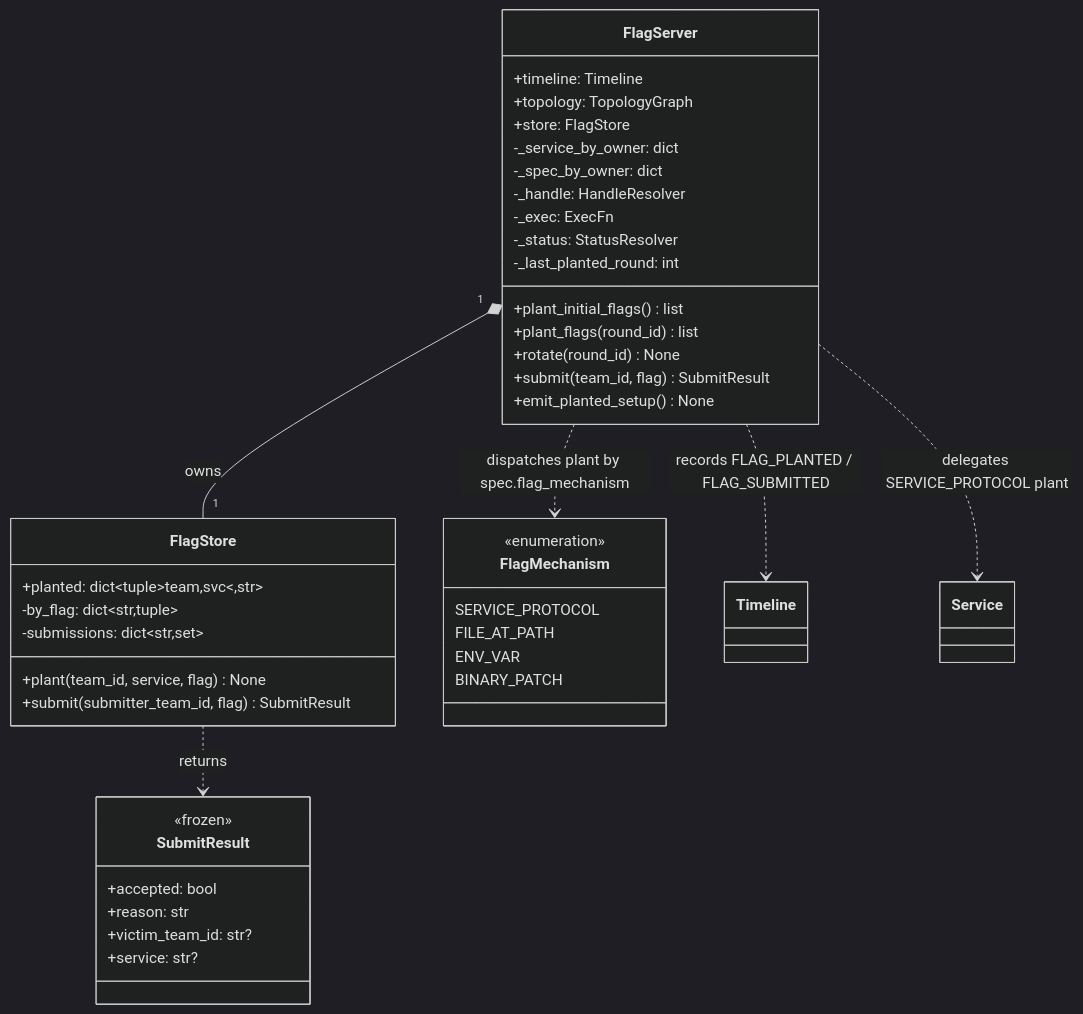
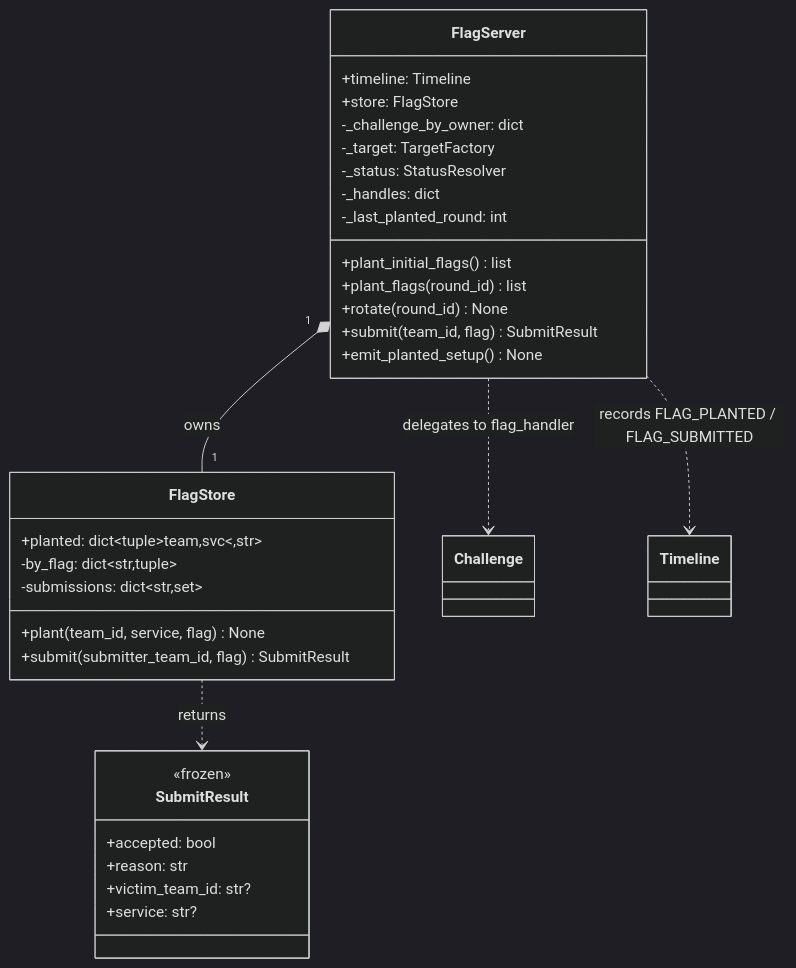
One commit to YueyangPan/CyberArenaOrchestration changed the first of 2 diagrams in docs/UML/flag.md. Above: the diagram before and after it, drawn with Mermaid (dark theme). The commit also changed other lines of this file and 6 other files, not shown here.

First line of the commit message:
docs: Stage 11 — refresh UML + v2 plan to reflect shipped state

````diff
--- a/docs/UML/flag.md
+++ b/docs/UML/flag.md
@@ -22,49 +21,38 @@
 ```mermaid
 classDiagram
   class FlagStore {
     +planted: dict~tuple~team,svc~,str~
     -by_flag: dict~str,tuple~
     -submissions: dict~str,set~
     +plant(team_id, service, flag) None
     +submit(submitter_team_id, flag) SubmitResult
   }
 
   class SubmitResult {
     <<frozen>>
     +accepted: bool
     +reason: str
     +victim_team_id: str?
     +service: str?
   }
 
   class FlagServer {
     +timeline: Timeline
-    +topology: TopologyGraph
     +store: FlagStore
-    -_service_by_owner: dict
-    -_spec_by_owner: dict
-    -_handle: HandleResolver
-    -_exec: ExecFn
+    -_challenge_by_owner: dict
+    -_target: TargetFactory
     -_status: StatusResolver
+    -_handles: dict
     -_last_planted_round: int
     +plant_initial_flags() list
     +plant_flags(round_id) list
     +rotate(round_id) None
     +submit(team_id, flag) SubmitResult
     +emit_planted_setup() None
   }
 
-  class FlagMechanism {
-    <<enumeration>>
-    SERVICE_PROTOCOL
-    FILE_AT_PATH
-    ENV_VAR
-    BINARY_PATCH
-  }
-
   FlagServer "1" *-- "1" FlagStore : owns
   FlagStore ..> SubmitResult : returns
-  FlagServer ..> FlagMechanism : dispatches plant by spec.flag_mechanism
+  FlagServer ..> Challenge : delegates to flag_handler
   FlagServer ..> Timeline : records FLAG_PLANTED / FLAG_SUBMITTED
-  FlagServer ..> Service : delegates SERVICE_PROTOCOL plant
 ```
````
